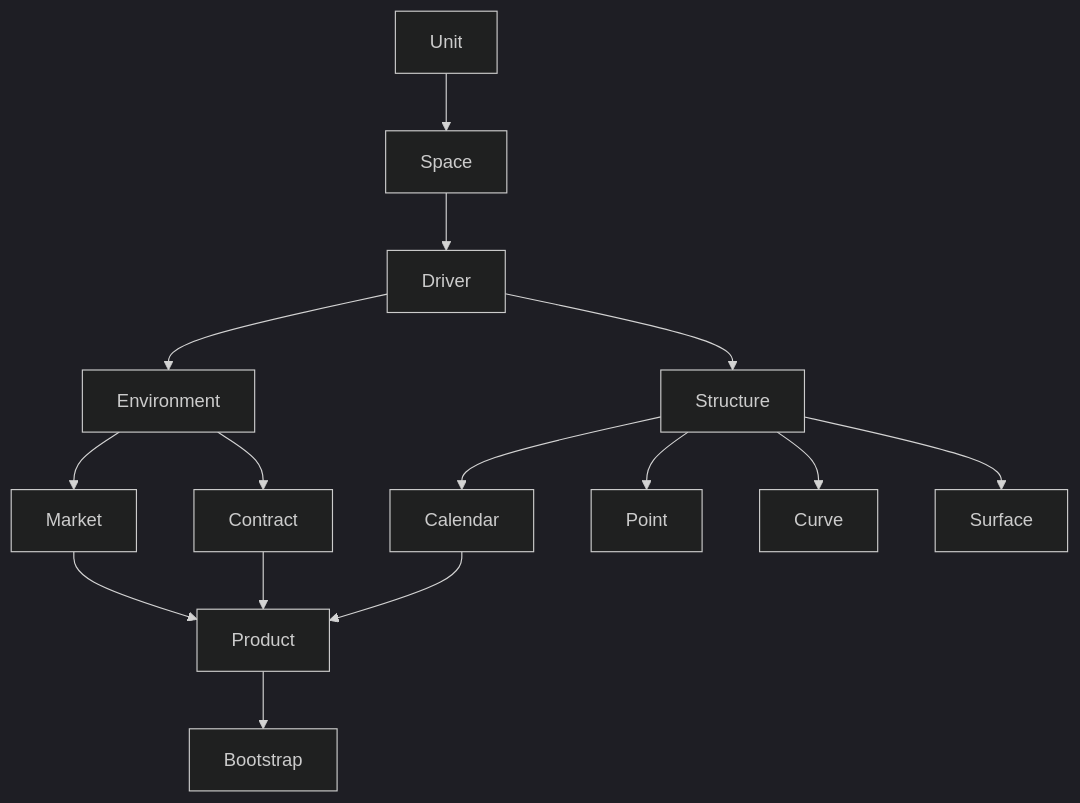
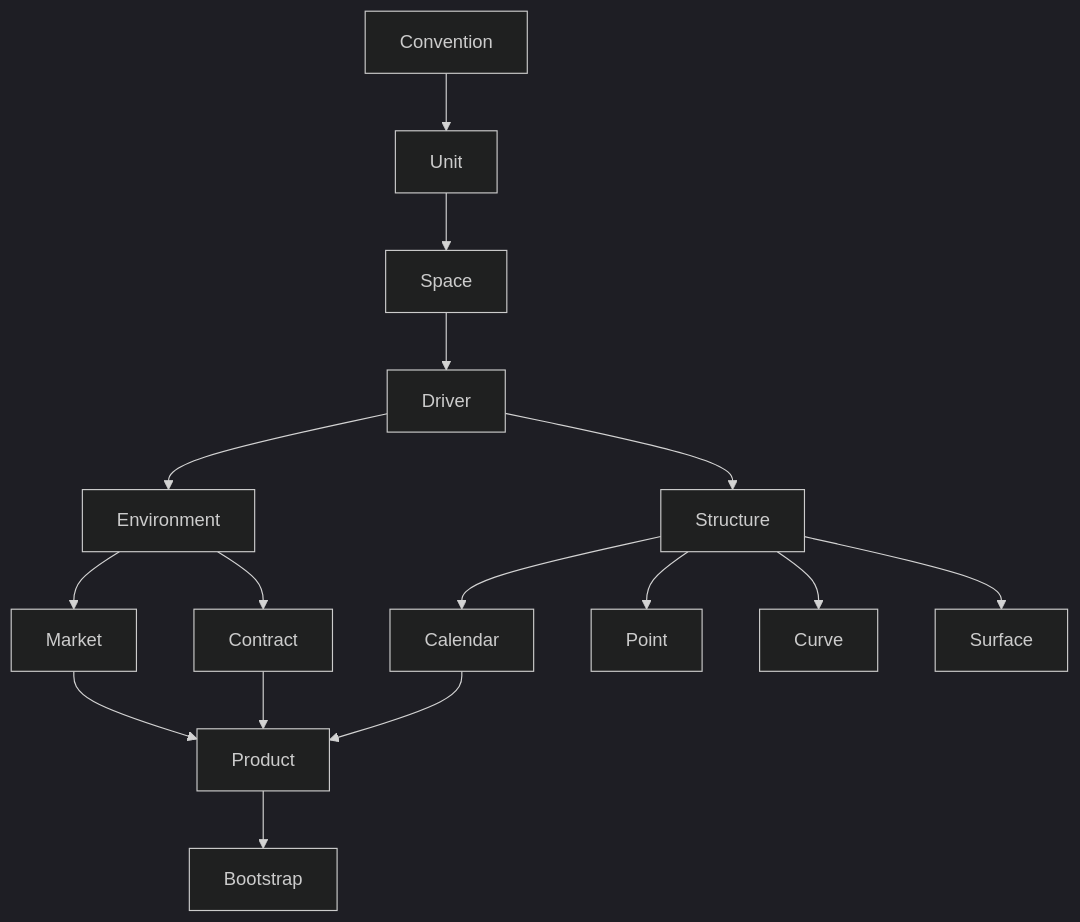
Before and after one commit to tristanvandevelde/finstruct: the diagram in README.md, drawn with Mermaid (dark theme).

````diff
--- a/README.md
+++ b/README.md
@@ -26,17 +26,18 @@
 ```mermaid
 graph TD;
+    Convention-->Unit;
     Unit-->Space;
     Space-->Driver;
     Driver-->Environment;
     Driver-->Structure;
     Environment-->Market;
     Environment-->Contract;
     Market-->Product;
     Contract-->Product;
     Calendar-->Product;
     Structure-->Calendar;
     Structure-->Point;
     Structure-->Curve;
     Structure-->Surface;
     Product-->Bootstrap;
 ```
````
